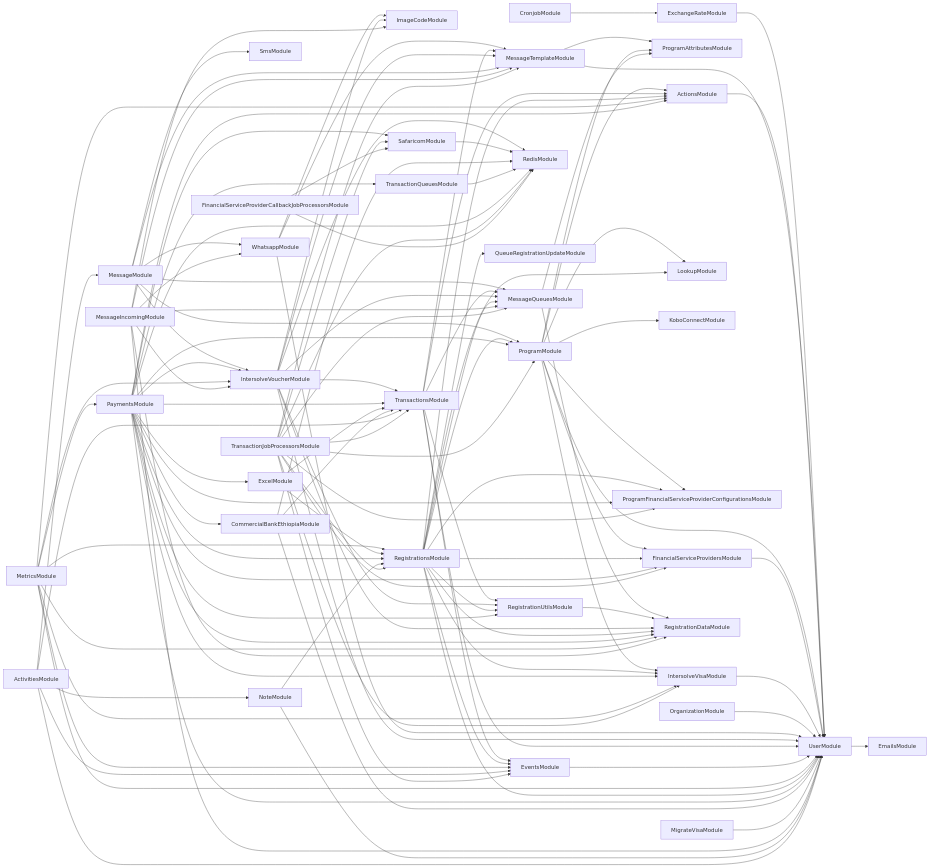
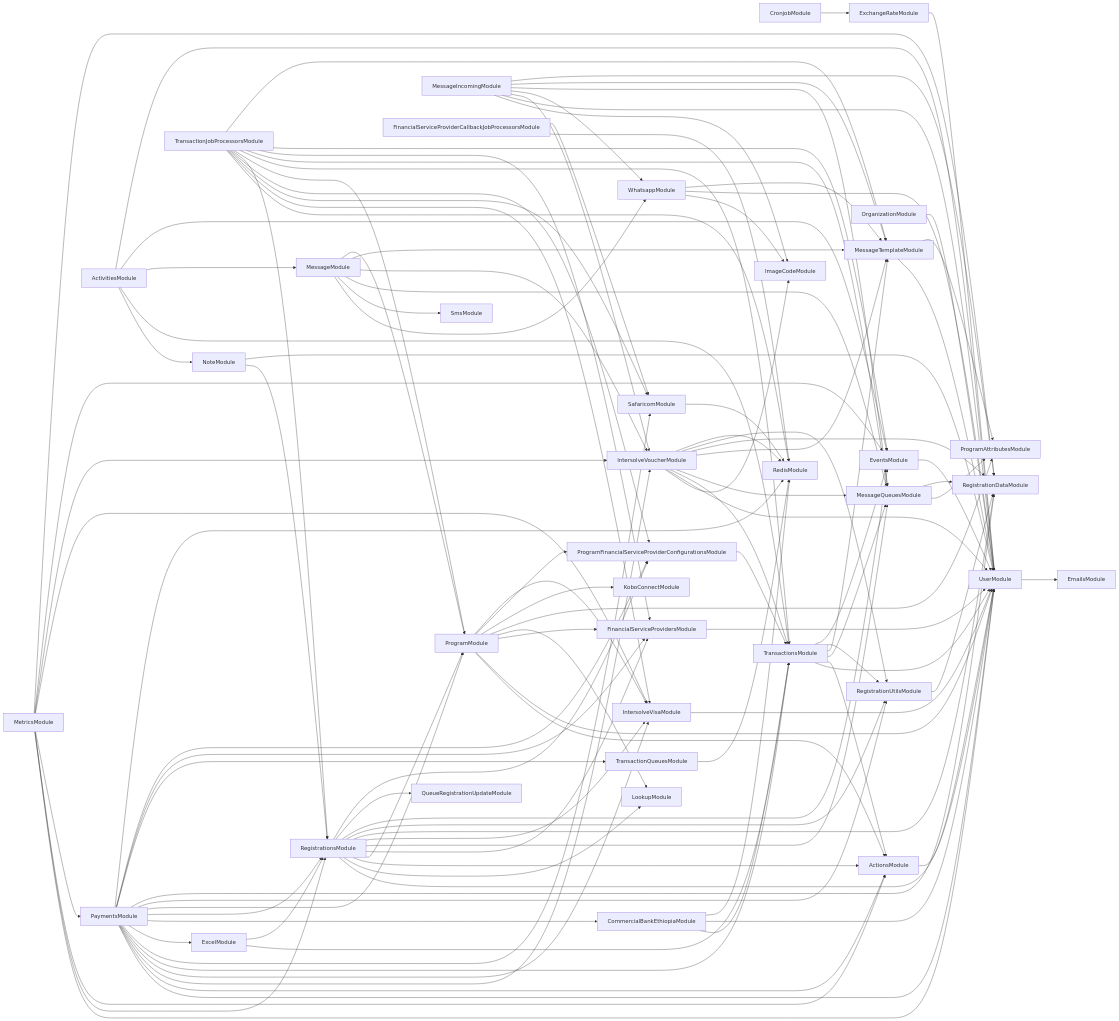
One commit to global-121/121-platform changed the diagram in services/121-service/module-dependencies.md. Above: the diagram before and after it, drawn with Mermaid. The commit also changed 407 other files, not shown here.

First line of the commit message:
Refactor registration data and attributes

```diff
--- a/services/121-service/module-dependencies.md
+++ b/services/121-service/module-dependencies.md
@@ -16,6 +16,17 @@
   ProgramModule-->ProgramAttributesModule
   ProgramModule-->KoboConnectModule
   ProgramModule-->ProgramFinancialServiceProviderConfigurationsModule
+  ProgramFinancialServiceProviderConfigurationsModule-->TransactionsModule
+  TransactionsModule-->UserModule
+  TransactionsModule-->ActionsModule
+  TransactionsModule-->MessageQueuesModule
+  MessageQueuesModule-->ProgramAttributesModule
+  MessageQueuesModule-->RegistrationDataModule
+  TransactionsModule-->MessageTemplateModule
+  TransactionsModule-->RegistrationUtilsModule
+  RegistrationUtilsModule-->RegistrationDataModule
+  TransactionsModule-->EventsModule
+  EventsModule-->UserModule
   ProgramModule-->IntersolveVisaModule
   IntersolveVisaModule-->UserModule
   OrganizationModule-->UserModule
@@ -25,20 +36,10 @@
   WhatsappModule-->MessageTemplateModule
   MessageModule-->SmsModule
   MessageModule-->MessageQueuesModule
-  MessageQueuesModule-->ProgramAttributesModule
-  MessageQueuesModule-->RegistrationDataModule
   MessageModule-->IntersolveVoucherModule
   IntersolveVoucherModule-->ImageCodeModule
   IntersolveVoucherModule-->UserModule
   IntersolveVoucherModule-->TransactionsModule
-  TransactionsModule-->UserModule
-  TransactionsModule-->ActionsModule
-  TransactionsModule-->MessageQueuesModule
-  TransactionsModule-->MessageTemplateModule
-  TransactionsModule-->RegistrationUtilsModule
-  RegistrationUtilsModule-->RegistrationDataModule
-  TransactionsModule-->EventsModule
-  EventsModule-->UserModule
   IntersolveVoucherModule-->MessageQueuesModule
   IntersolveVoucherModule-->MessageTemplateModule
   IntersolveVoucherModule-->RegistrationDataModule
@@ -89,7 +90,6 @@
   MetricsModule-->IntersolveVoucherModule
   MetricsModule-->EventsModule
   MetricsModule-->RegistrationDataModule
-  MigrateVisaModule-->UserModule
   MessageIncomingModule-->ImageCodeModule
   MessageIncomingModule-->UserModule
   MessageIncomingModule-->IntersolveVoucherModule
```
